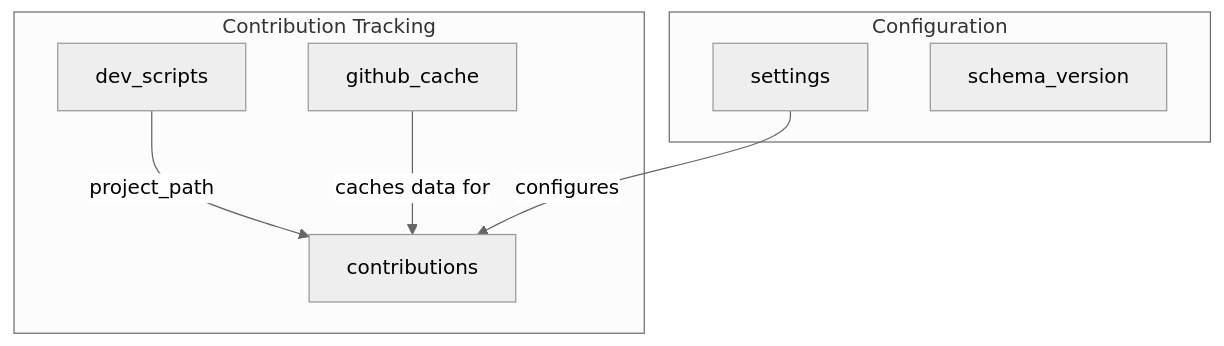
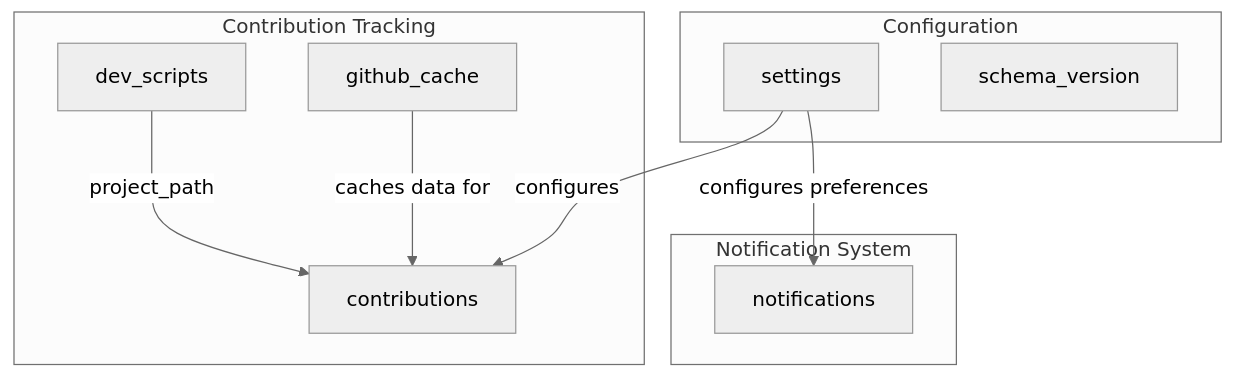
The second of 2 diagrams in docs/architecture/database-er.md (strawhatluka/cola-records), drawn with Mermaid (neutral theme) before and after one commit. The commit also changed other lines of this file and 7 other files, not shown here.

````diff
--- a/docs/architecture/database-er.md
+++ b/docs/architecture/database-er.md
@@ -191,17 +266,22 @@
 ```mermaid
 graph TD
     subgraph Contribution_Tracking["Contribution Tracking"]
         C[contributions]
         DS[dev_scripts]
         GC[github_cache]
     end
 
     subgraph Configuration["Configuration"]
         S[settings]
         SV[schema_version]
     end
 
+    subgraph Alerts["Notification System"]
+        N[notifications]
+    end
+
     DS -->|project_path| C
     GC -->|caches data for| C
     S -->|configures| C
+    S -->|configures preferences| N
 ```
````
